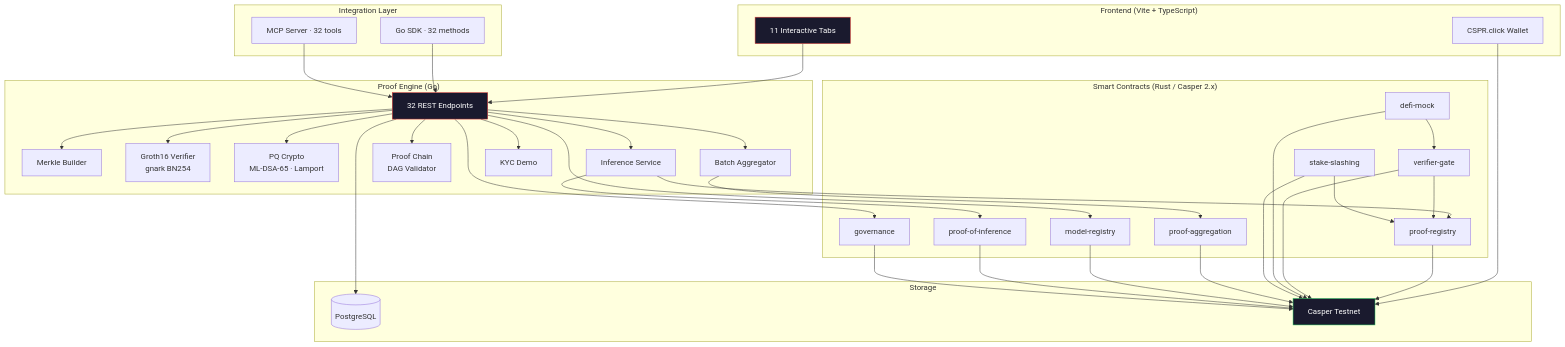
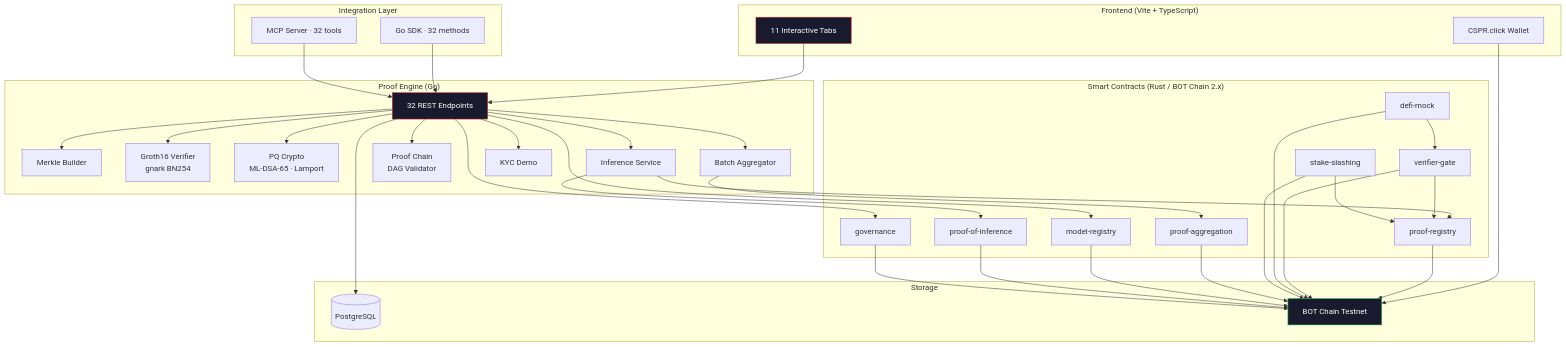
The second of 2 diagrams in README.md (githoboman/Bot-prove), drawn with Mermaid before and after one commit. The commit also changed other lines of this file and 257 other files, not shown here.

````diff
--- a/README.md
+++ b/README.md
@@ -121,59 +121,59 @@
 ```mermaid
 graph TB
     subgraph "Frontend (Vite + TypeScript)"
         UI[11 Interactive Tabs]
         WC[CSPR.click Wallet]
     end
 
     subgraph "Proof Engine (Go)"
         API[32 REST Endpoints]
         MK[Merkle Builder]
         ZK[Groth16 Verifier<br/>gnark BN254]
         PQ[PQ Crypto<br/>ML-DSA-65 · Lamport]
         AG[Batch Aggregator]
         PC[Proof Chain<br/>DAG Validator]
         INF[Inference Service]
         KYC[KYC Demo]
     end
 
-    subgraph "Smart Contracts (Rust / Casper 2.x)"
+    subgraph "Smart Contracts (Rust / BOT Chain 2.x)"
         PR[proof-registry]
         VG[verifier-gate]
         DM[defi-mock]
         SS[stake-slashing]
         PA[proof-aggregation]
         MR[model-registry]
         POI[proof-of-inference]
         GOV[governance]
     end
 
     subgraph "Integration Layer"
         SDK[Go SDK · 32 methods]
         MCP[MCP Server · 32 tools]
     end
 
     subgraph "Storage"
         PG[(PostgreSQL)]
-        CS[Casper Testnet]
+        CS[BOT Chain Testnet]
     end
 
     UI --> API
     WC --> CS
     API --> MK & ZK & PQ & AG & PC & INF & KYC
     INF --> PR
     INF --> POI
     VG --> PR
     DM --> VG
     SS --> PR
     AG --> PA
     API --> MR
     API --> GOV
     API --> PG
     SDK --> API
     MCP --> API
     PR & VG & DM & SS & PA & MR & POI & GOV --> CS
 
     style UI fill:#1a1a2e,stroke:#e53935,color:#fff
     style API fill:#1a1a2e,stroke:#e53935,color:#fff
     style CS fill:#1a1a2e,stroke:#22c55e,color:#fff
 ```
````
